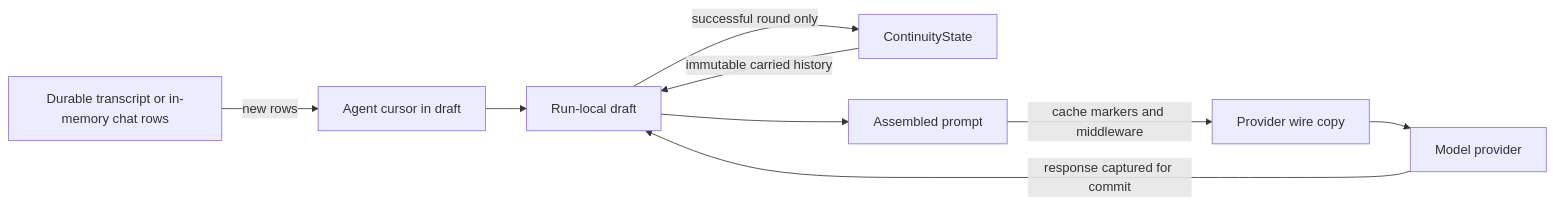
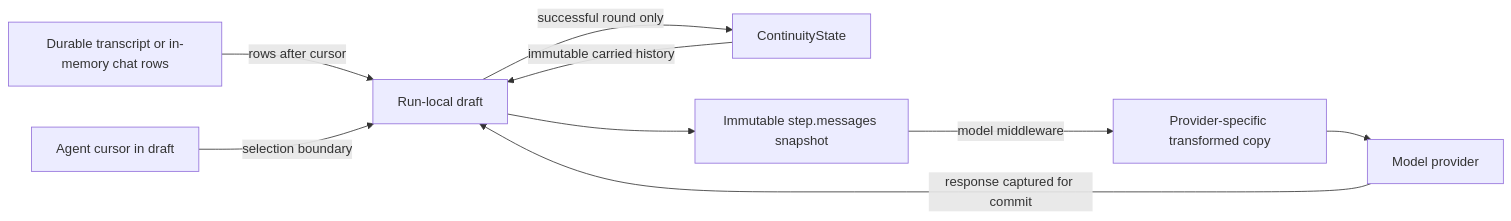
One commit to vox-deorum/vox-deorum changed the first of 3 diagrams in docs/plans/context-continuity.md. Above: the diagram before and after it, drawn with Mermaid. The commit also changed other lines of this file, not shown here.

````diff
--- a/docs/plans/context-continuity.md
+++ b/docs/plans/context-continuity.md
@@ -34,19 +34,19 @@
 ```mermaid
 flowchart LR
     Transcript[Durable transcript or in-memory chat rows]
     Cursor[Agent cursor in draft]
     State[ContinuityState]
     Draft[Run-local draft]
-    Prompt[Assembled prompt]
-    Wire[Provider wire copy]
+    Step[Immutable step.messages snapshot]
+    Wire[Provider-specific transformed copy]
     Provider[Model provider]
 
-    Transcript -->|new rows| Cursor
+    Transcript -->|rows after cursor| Draft
     State -->|immutable carried history| Draft
-    Cursor --> Draft
-    Draft --> Prompt
-    Prompt -->|cache markers and middleware| Wire
+    Cursor -->|selection boundary| Draft
+    Draft --> Step
+    Step -->|model middleware| Wire
     Wire --> Provider
     Provider -->|response captured for commit| Draft
     Draft -->|successful round only| State
 ```
````
